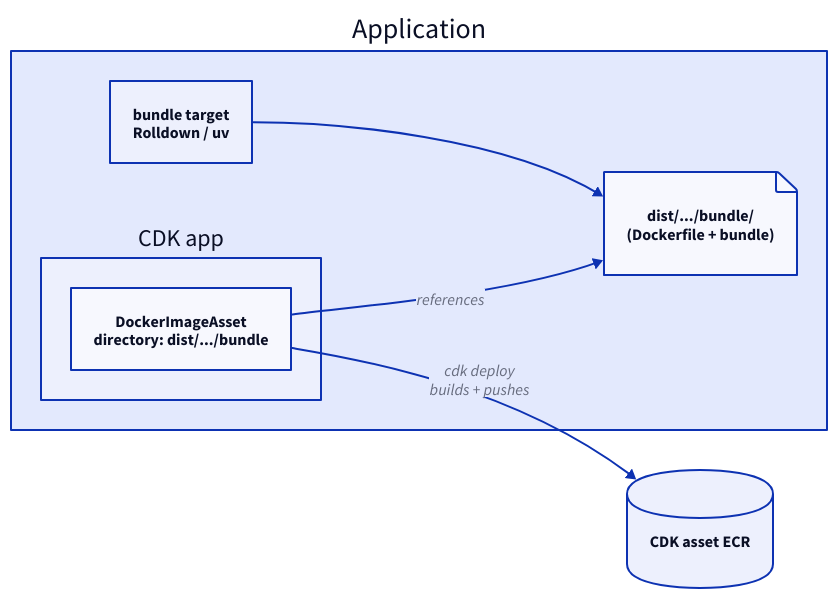
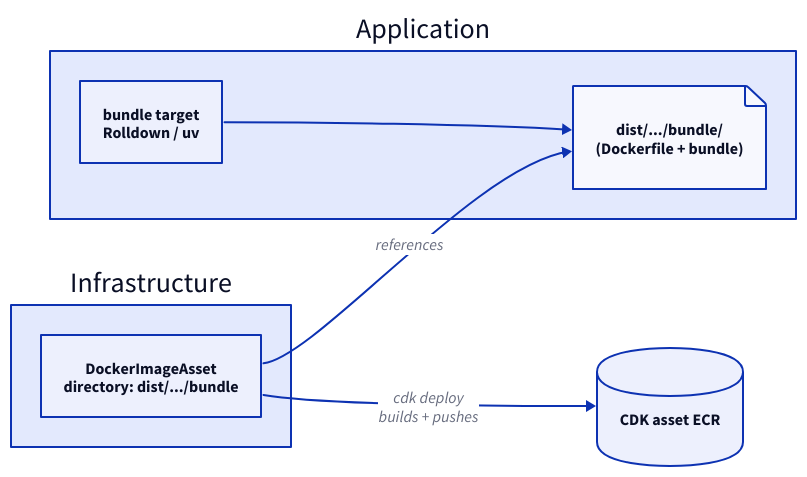
Before and after one commit to awslabs/nx-plugin-for-aws: the second of 3 diagrams in docs/src/content/docs/en/guides/docker-bundling.mdx, drawn with D2. The commit also changed other lines of this file, not shown here.

First line of the commit message:
docs(docker-bundling): split Application and Infrastructure containers

````diff
--- a/docs/src/content/docs/en/guides/docker-bundling.mdx
+++ b/docs/src/content/docs/en/guides/docker-bundling.mdx
@@ -260,21 +260,22 @@
 ```d2
 direction: right
 
 app: Application {
   bundle: "bundle target\nRolldown / uv"
   ctx: "dist/.../bundle/\n(Dockerfile + bundle)" {
     shape: page
   }
-  cdk: CDK app {
-    asset: "DockerImageAsset\ndirectory: dist/.../bundle"
-  }
   bundle -> ctx
-  cdk.asset -> ctx: references
+}
+
+infra: Infrastructure {
+  asset: "DockerImageAsset\ndirectory: dist/.../bundle"
 }
 
 ecr: "CDK asset ECR" {
   shape: cylinder
 }
 
-app.cdk.asset -> ecr: cdk deploy\nbuilds + pushes
+infra.asset -> app.ctx: references
+infra.asset -> ecr: cdk deploy\nbuilds + pushes
 ```
````
